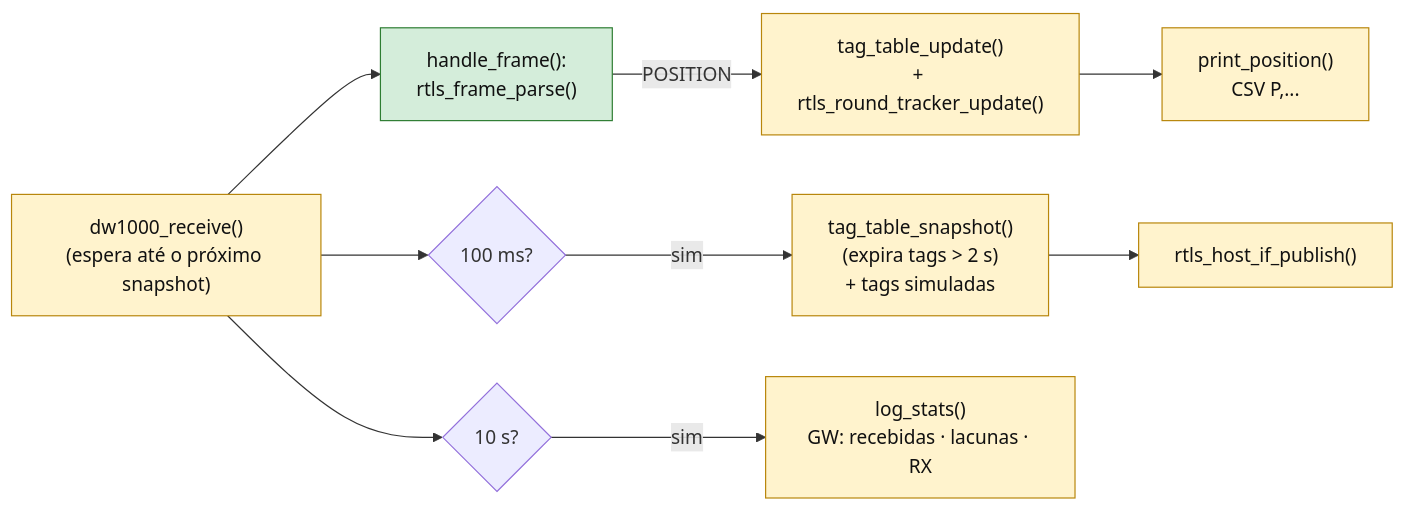
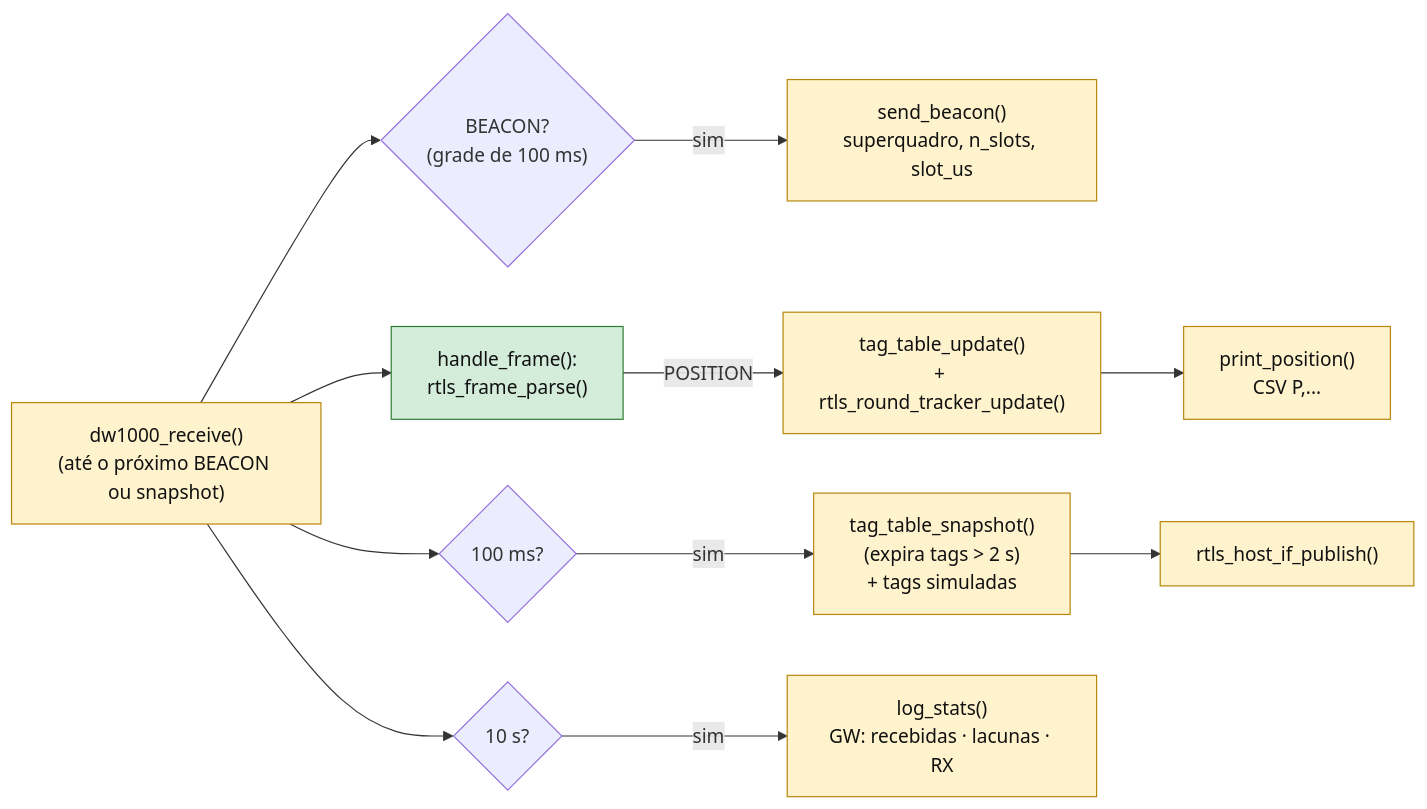
One commit to MauroTony/dwm1001-rtls-fw changed diagram 11 of 16 in docs/09-guia-do-codigo.md. Above: the diagram before and after it, drawn with Mermaid. The commit also changed other lines of this file and 5 other files, not shown here.

````diff
--- a/docs/09-guia-do-codigo.md
+++ b/docs/09-guia-do-codigo.md
@@ -430,12 +441,14 @@
 ```mermaid
 flowchart LR
-    rx["dw1000_receive()<br/>(espera até o próximo snapshot)"]:::bench --> h["handle_frame():<br/>rtls_frame_parse()"]:::ok
+    rx["dw1000_receive()<br/>(até o próximo BEACON ou snapshot)"]:::bench --> h["handle_frame():<br/>rtls_frame_parse()"]:::ok
+    rx --> b{"BEACON?<br/>(grade de 100 ms)"}
+    b -- sim --> bcn["send_beacon()<br/>superquadro, n_slots, slot_us"]:::bench
     h -- POSITION --> up["tag_table_update()<br/>+ rtls_round_tracker_update()"]:::bench --> csv["print_position()<br/>CSV P,..."]:::bench
     rx --> t{"100 ms?"}
     t -- sim --> snap["tag_table_snapshot()<br/>(expira tags > 2 s)<br/>+ tags simuladas"]:::bench --> pub["rtls_host_if_publish()"]:::bench
     rx --> s10{"10 s?"}
     s10 -- sim --> ls["log_stats()<br/>GW: recebidas · lacunas · RX"]:::bench
     classDef ok fill:#d4edda,stroke:#2e7d32,color:#111
     classDef bench fill:#fff3cd,stroke:#b8860b,color:#111
     classDef stub fill:#eceff1,stroke:#78909c,color:#111,stroke-dasharray:4 3
 ```
````
